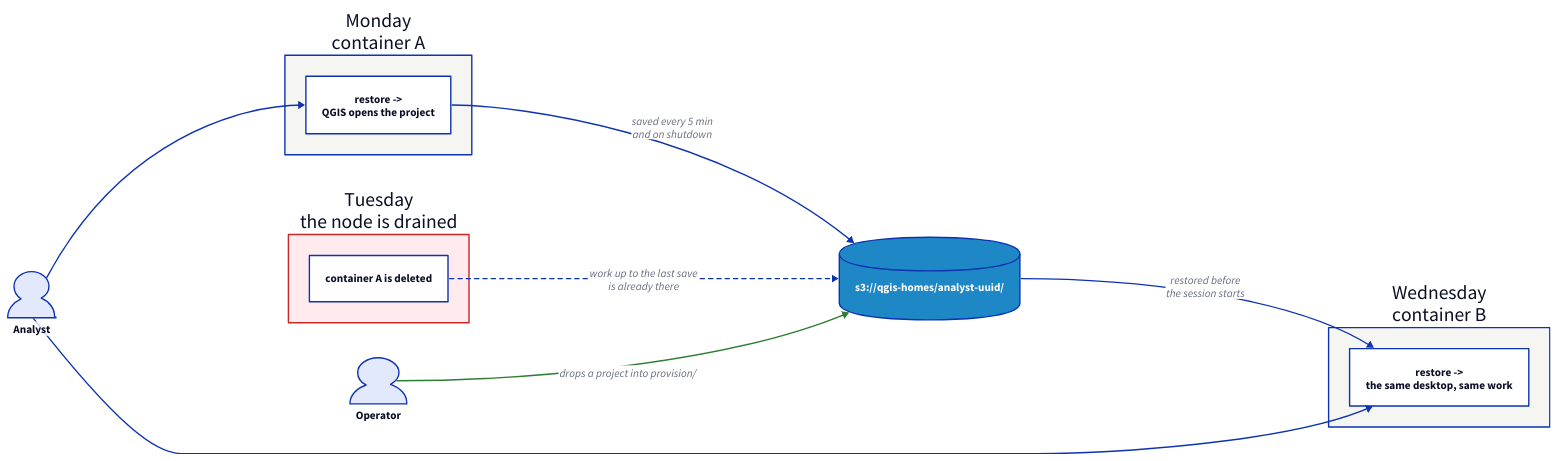
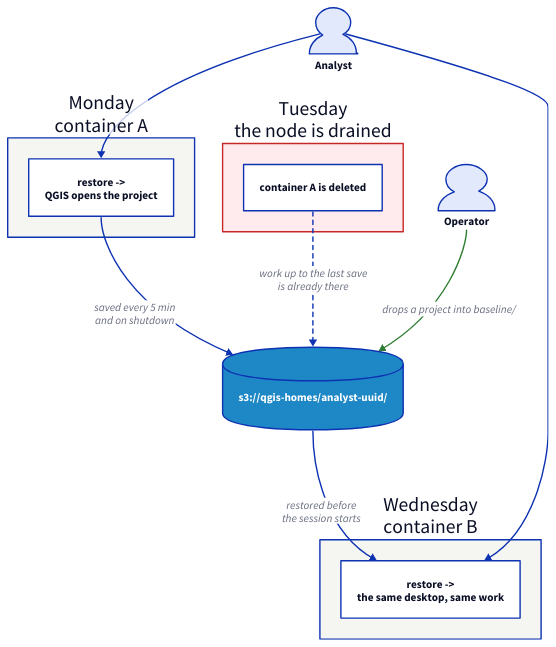
One commit to kartoza/qgis-desktop-docker changed the diagram in docs/scenarios/diagrams/persistent-workstation.d2. Above: the diagram before and after it, drawn with D2. The commit also changed 34 other files, not shown here.

```diff
--- a/docs/scenarios/diagrams/persistent-workstation.d2
+++ b/docs/scenarios/diagrams/persistent-workstation.d2
@@ -1,40 +1,40 @@
 # A disposable container in front of a durable home directory.
 # Rendered by scripts/render-diagrams.sh — edit the .d2, not the .svg.
 
-direction: right
+direction: down
 
 user: "Analyst" { shape: person }
 
 week1: "Monday\ncontainer A" {
   style.fill: "#F5F5F2"
   a: "restore ->\nQGIS opens the project" { style.fill: "#FFFFFF" }
 }
 
 gone: "Tuesday\nthe node is drained" {
   style.fill: "#FFEBEE"
   style.stroke: "#C62828"
   b: "container A is deleted" { style.fill: "#FFFFFF" }
 }
 
 week2: "Wednesday\ncontainer B" {
   style.fill: "#F5F5F2"
   c: "restore ->\nthe same desktop, same work" { style.fill: "#FFFFFF" }
 }
 
 bucket: "s3://qgis-homes/analyst-uuid/" {
   shape: cylinder
   style.fill: "#1E88C7"
   style.font-color: "#FFFFFF"
 }
 
 admin: "Operator" { shape: person }
 
 user -> week1.a
 week1.a -> bucket: "saved every 5 min\nand on shutdown"
 gone.b -> bucket: "work up to the last save\nis already there" { style.stroke-dash: 3 }
 bucket -> week2.c: "restored before\nthe session starts"
 user -> week2.c
 
-admin -> bucket: "drops a project into provision/" {
+admin -> bucket: "drops a project into baseline/" {
   style.stroke: "#2E7D32"
 }
```
